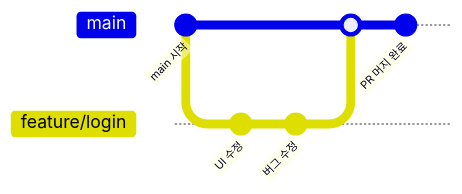
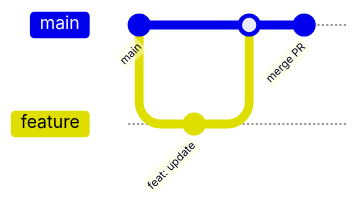
Before and after one commit to sujinchoo/Ai.build.education: the diagram in curriculum/week10.md, drawn with Mermaid. The commit also changed other lines of this file and 23 other files, not shown here.

````diff
--- a/curriculum/week10.md
+++ b/curriculum/week10.md
@@ -14,11 +20,10 @@
 ```mermaid
 gitGraph
-   commit id: "main 시작"
-   branch feature/login
-   checkout feature/login
-   commit id: "UI 수정"
-   commit id: "버그 수정"
+   commit id: "main"
+   branch feature
+   checkout feature
+   commit id: "feat: update"
    checkout main
-   merge feature/login
-   commit id: "PR 머지 완료"
+   merge feature
+   commit id: "merge PR"
 ```
````
